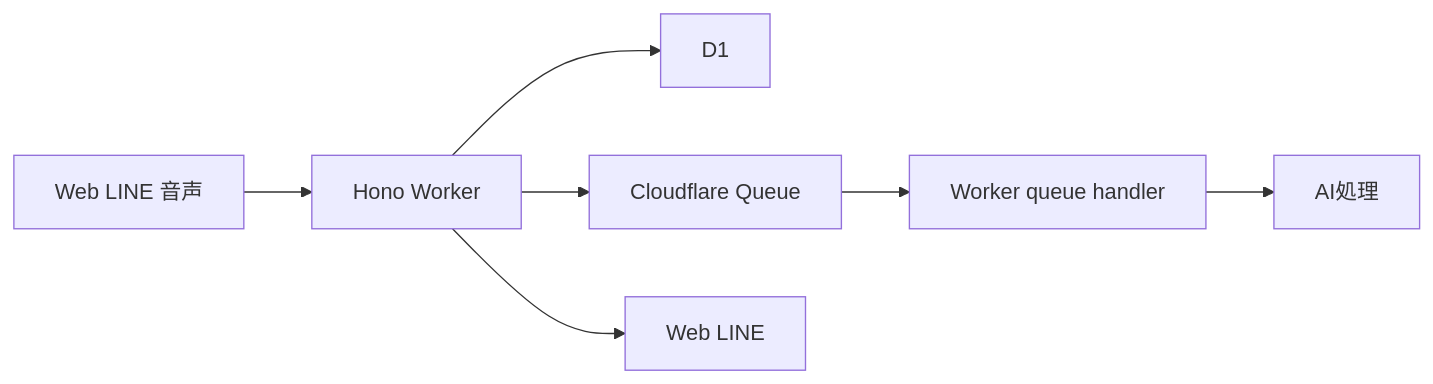
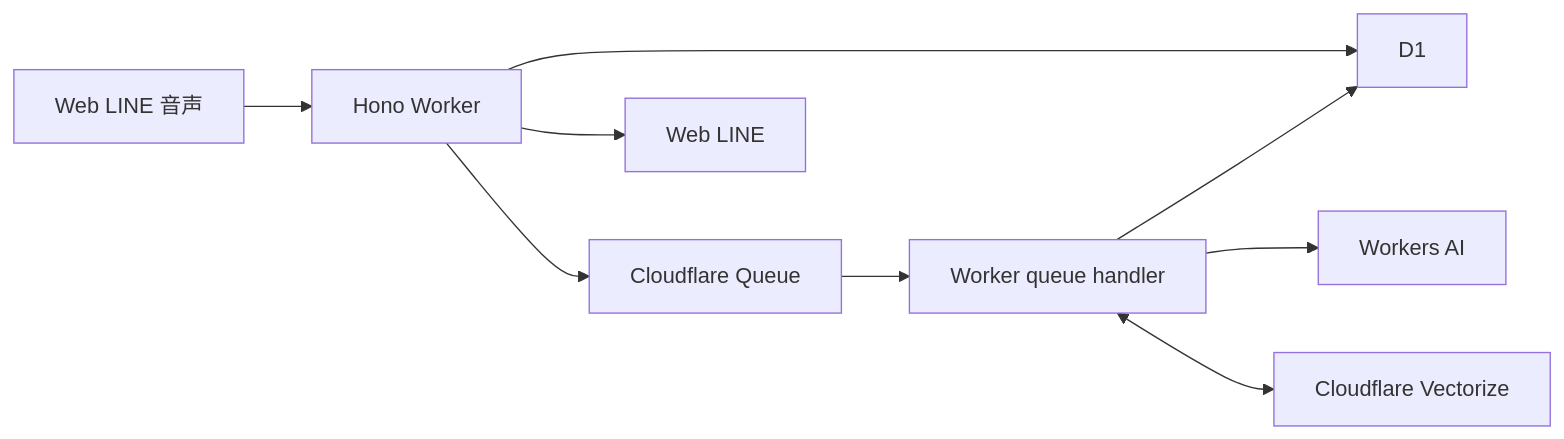
The second of 2 diagrams in docs/technical/architecture.md (Digix00/58-Hackathon-202609), drawn with Mermaid before and after one commit. The commit also changed other lines of this file and 24 other files, not shown here.

````diff
--- a/docs/technical/architecture.md
+++ b/docs/technical/architecture.md
@@ -18,9 +18,11 @@
 ```mermaid
 flowchart LR
   Sources["Web LINE 音声"] --> Worker["Hono Worker"]
   Worker --> D1["D1"]
   Worker --> Queue["Cloudflare Queue"]
   Queue --> Consumer["Worker queue handler"]
-  Consumer --> AI["AI処理"]
+  Consumer --> AI["Workers AI"]
+  Consumer <--> Vectorize["Cloudflare Vectorize"]
+  Consumer --> D1
   Worker --> Output["Web LINE"]
 ```
````
